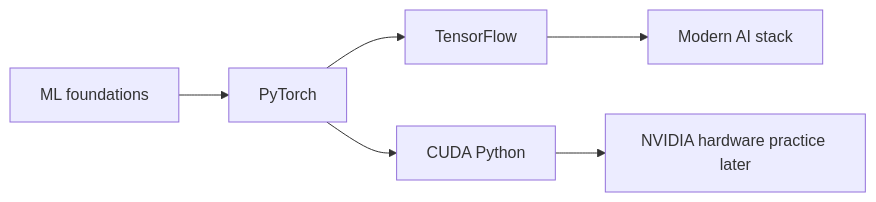
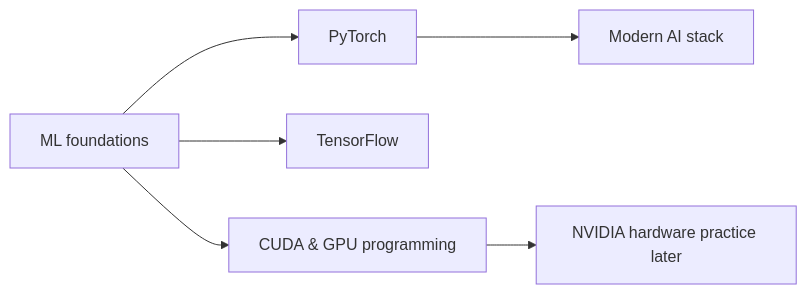
One commit to ShmalexM/ml-workshop changed the diagram in docs/learning-plan.md. Above: the diagram before and after it, drawn with Mermaid. The commit also changed other lines of this file and 14 other files, not shown here.

````diff
--- a/docs/learning-plan.md
+++ b/docs/learning-plan.md
@@ -13,8 +13,8 @@
 ```mermaid
 flowchart LR
  A[ML foundations] --> B[PyTorch]
- B --> C[TensorFlow]
- C --> D[Modern AI stack]
- B --> E[CUDA Python]
+ A --> C[TensorFlow]
+ B --> D[Modern AI stack]
+ A --> E["CUDA & GPU programming"]
  E --> F[NVIDIA hardware practice later]
 ```
````
